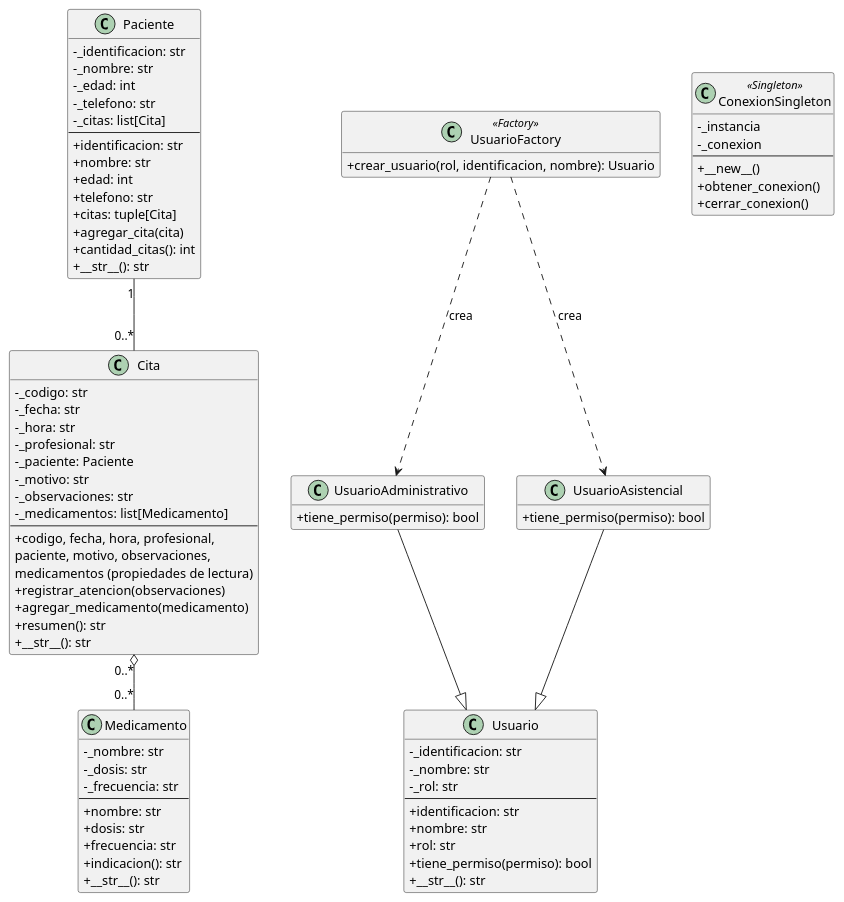
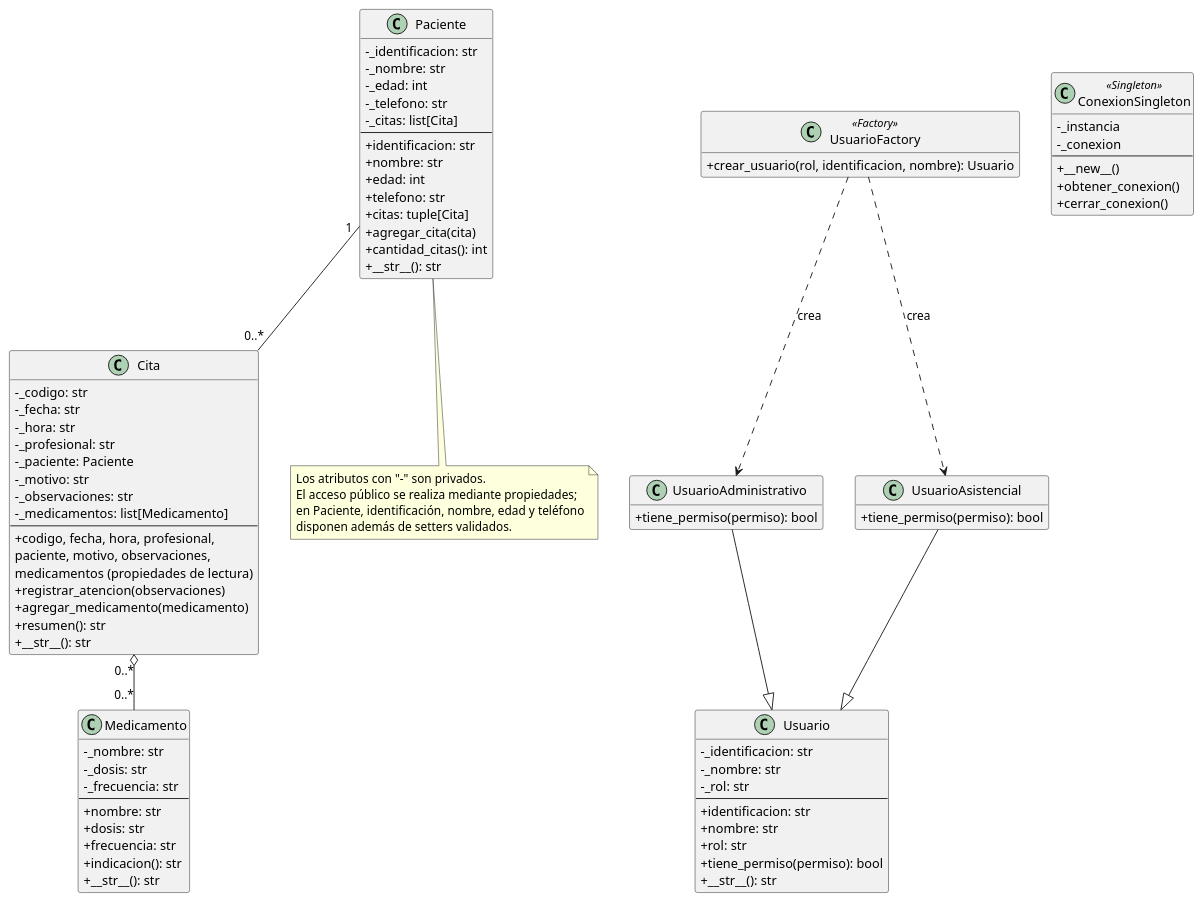
One commit to JeffSOFTCoreX/ValleSalud-EF-2026-2 changed the diagram in docs/uml/ValleSalud_UML_Final.puml. Above: the diagram before and after it, drawn with PlantUML. The commit also changed 2 other files, not shown here.

Commit message:
docs: corregir nota del diagrama UML final

```diff
--- a/docs/uml/ValleSalud_UML_Final.puml
+++ b/docs/uml/ValleSalud_UML_Final.puml
@@ -1,98 +1,106 @@
 @startuml ValleSalud_UML_Final
 
 skinparam classAttributeIconSize 0
 skinparam shadowing false
 hide empty members
 
 class Paciente {
   -_identificacion: str
   -_nombre: str
   -_edad: int
   -_telefono: str
   -_citas: list[Cita]
   --
   +identificacion: str
   +nombre: str
   +edad: int
   +telefono: str
   +citas: tuple[Cita]
   +agregar_cita(cita)
   +cantidad_citas(): int
   +__str__(): str
 }
 
 class Cita {
   -_codigo: str
   -_fecha: str
   -_hora: str
   -_profesional: str
   -_paciente: Paciente
   -_motivo: str
   -_observaciones: str
   -_medicamentos: list[Medicamento]
   --
   +codigo, fecha, hora, profesional,
   paciente, motivo, observaciones,
   medicamentos (propiedades de lectura)
   +registrar_atencion(observaciones)
   +agregar_medicamento(medicamento)
   +resumen(): str
   +__str__(): str
 }
 
 class Medicamento {
   -_nombre: str
   -_dosis: str
   -_frecuencia: str
   --
   +nombre: str
   +dosis: str
   +frecuencia: str
   +indicacion(): str
   +__str__(): str
 }
 
 class Usuario {
   -_identificacion: str
   -_nombre: str
   -_rol: str
   --
   +identificacion: str
   +nombre: str
   +rol: str
   +tiene_permiso(permiso): bool
   +__str__(): str
 }
 
 class UsuarioAdministrativo {
   +tiene_permiso(permiso): bool
 }
 
 class UsuarioAsistencial {
   +tiene_permiso(permiso): bool
 }
 
 class UsuarioFactory <<Factory>> {
   +crear_usuario(rol, identificacion, nombre): Usuario
 }
 
 class ConexionSingleton <<Singleton>> {
   -_instancia
   -_conexion
   --
   +__new__()
   +obtener_conexion()
   +cerrar_conexion()
 }
 
 UsuarioAdministrativo --|> Usuario
 UsuarioAsistencial --|> Usuario
 
 Paciente "1" -- "0..*" Cita
 
 Cita "0..*" o-- "0..*" Medicamento
 
 UsuarioFactory ..> UsuarioAdministrativo : crea
 UsuarioFactory ..> UsuarioAsistencial : crea
 
+
+note bottom of Paciente
+  Los atributos con "-" son privados.
+  El acceso público se realiza mediante propiedades;
+  en Paciente, identificación, nombre, edad y teléfono
+  disponen además de setters validados.
+end note
+
 @enduml
```
